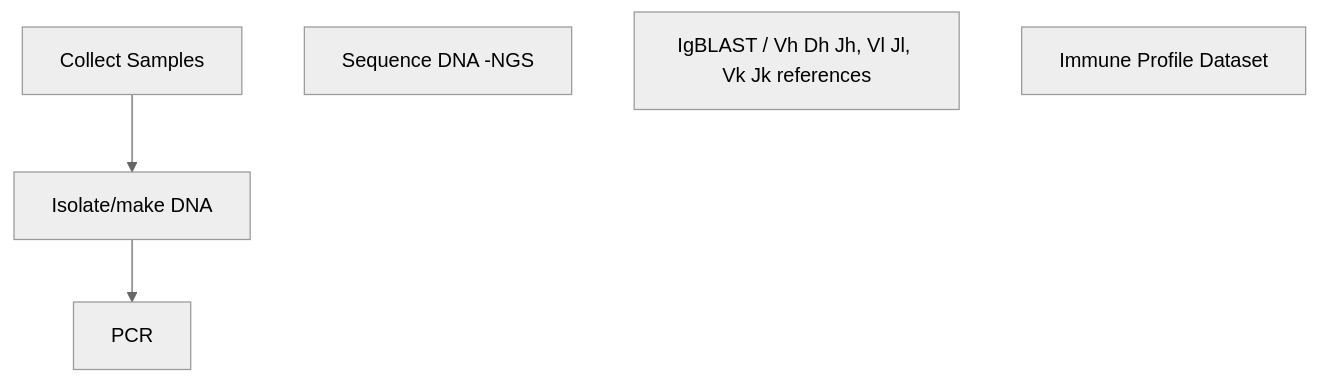
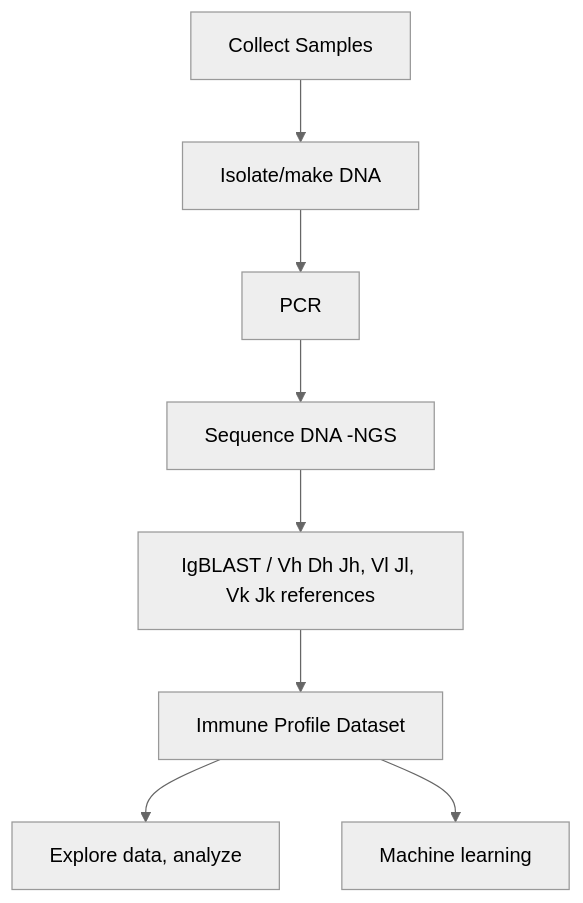
One commit to NCBI-Codeathons/mlxai-2024-team-smith changed the second of 2 diagrams in README.md. Above: the diagram before and after it, drawn with Mermaid (neutral theme).

````diff
--- a/README.md
+++ b/README.md
@@ -56,7 +56,6 @@
 ```mermaid
     flowchart TD
-    A[Collect Samples]-->B[Isolate/make DNA]-->C[PCR];
-    D[Sequence DNA -NGS];
-    E[IgBLAST / Vh Dh Jh, Vl Jl, Vk Jk references];
-    F[Immune Profile Dataset];
+    A[Collect Samples] --> B[Isolate/make DNA] --> C[PCR] --> D[Sequence DNA -NGS] --> E[IgBLAST / Vh Dh Jh, Vl Jl, Vk Jk references] --> F[Immune Profile Dataset];
+    F --> G[Explore data, analyze];
+    F --> H[Machine learning]; 
 ```
````
